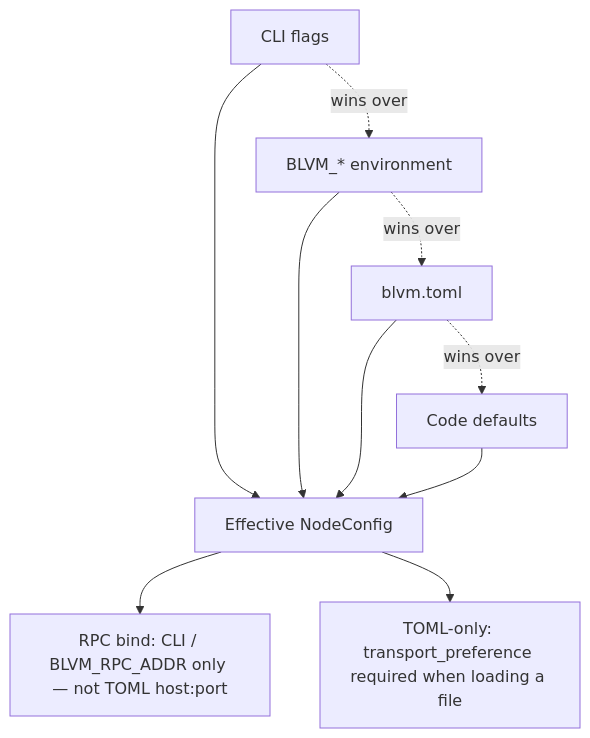
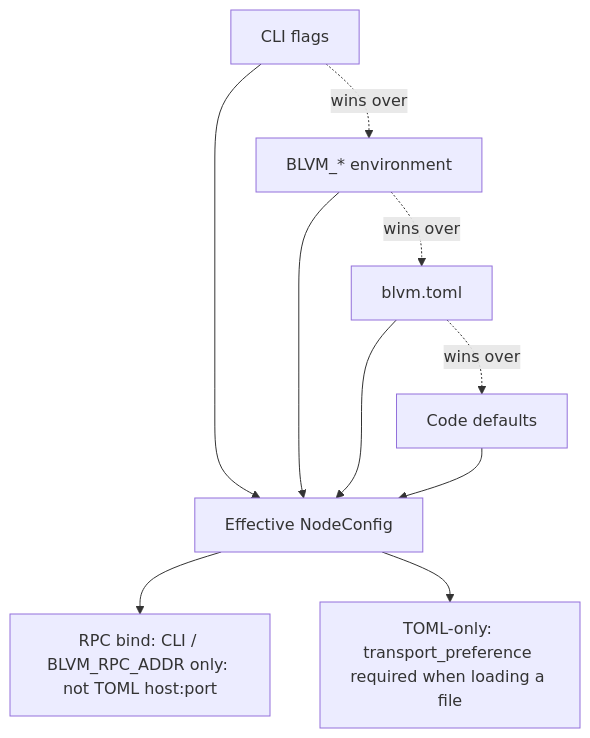
Before and after one commit to BTCDecoded/blvm-docs: the diagram in src/node/configuration.md, drawn with Mermaid. The commit also changed other lines of this file and 89 other files, not shown here.

````diff
--- a/src/node/configuration.md
+++ b/src/node/configuration.md
@@ -13,12 +13,12 @@
 ```mermaid
 flowchart TD
-  CLI[CLI flags] --> WIN[Effective NodeConfig]
-  ENV[BLVM_* environment] --> WIN
-  TOML[blvm.toml] --> WIN
-  DEF[Code defaults] --> WIN
-  CLI -.->|wins over| ENV
-  ENV -.->|wins over| TOML
-  TOML -.->|wins over| DEF
-  WIN --> RPC[RPC bind: CLI / BLVM_RPC_ADDR only — not TOML host:port]
-  WIN --> FILE[TOML-only: transport_preference required when loading a file]
+ CLI[CLI flags] --> WIN[Effective NodeConfig]
+ ENV[BLVM_* environment] --> WIN
+ TOML[blvm.toml] --> WIN
+ DEF[Code defaults] --> WIN
+ CLI -.->|wins over| ENV
+ ENV -.->|wins over| TOML
+ TOML -.->|wins over| DEF
+ WIN --> RPC[RPC bind: CLI / BLVM_RPC_ADDR only: not TOML host:port]
+ WIN --> FILE[TOML-only: transport_preference required when loading a file]
 ```
````
